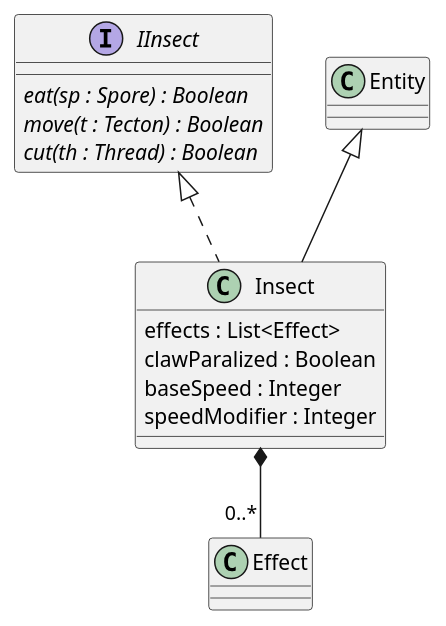
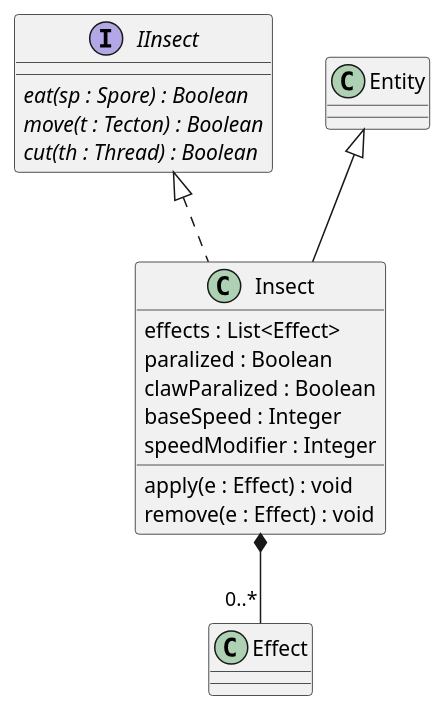
The diagram in 5/classes/insect/insect.puml (Petya-G/fungorium), drawn with PlantUML before and after one commit. The commit also changed 12 other files, not shown here.

Commit message:
spores, endturns, class diagram fix

```diff
--- a/5/classes/insect/insect.puml
+++ b/5/classes/insect/insect.puml
@@ -1,18 +1,20 @@
 @startuml insect
 
 interface IInsect{
     {abstract} eat(sp : Spore) : Boolean
     {abstract} move(t : Tecton) : Boolean
     {abstract} cut(th : Thread) : Boolean
 }
 
 Insect *-- "0..*" Effect
 class Insect extends Entity implements IInsect{
     effects : List<Effect>
-    'paralized : Boolean
+    paralized : Boolean
     clawParalized : Boolean
     baseSpeed : Integer
     speedModifier : Integer
+    apply(e : Effect) : void
+    remove(e : Effect) : void
 }
 
 @enduml
```
